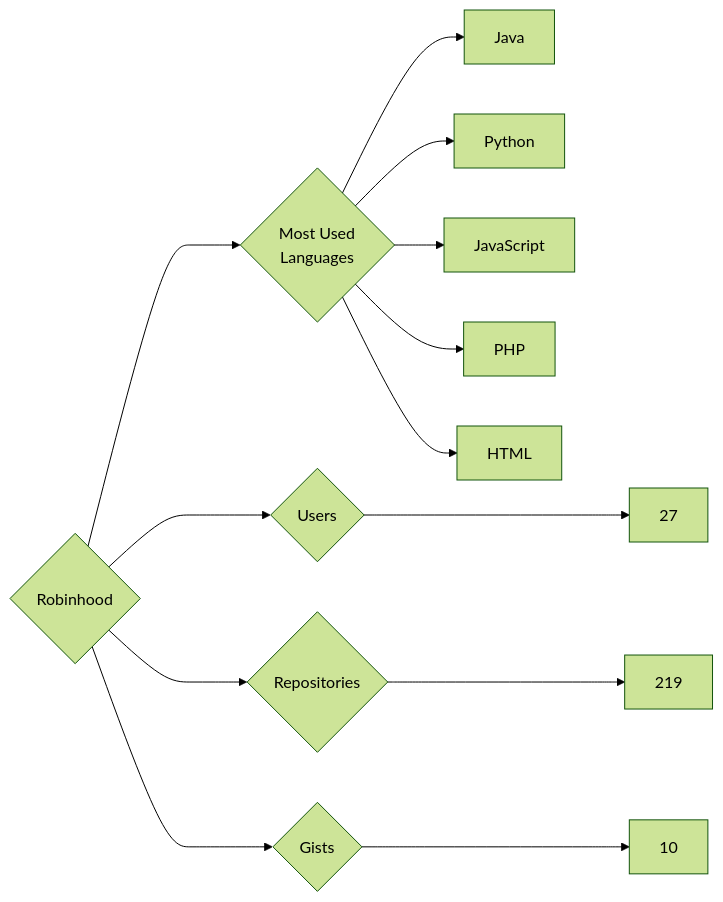
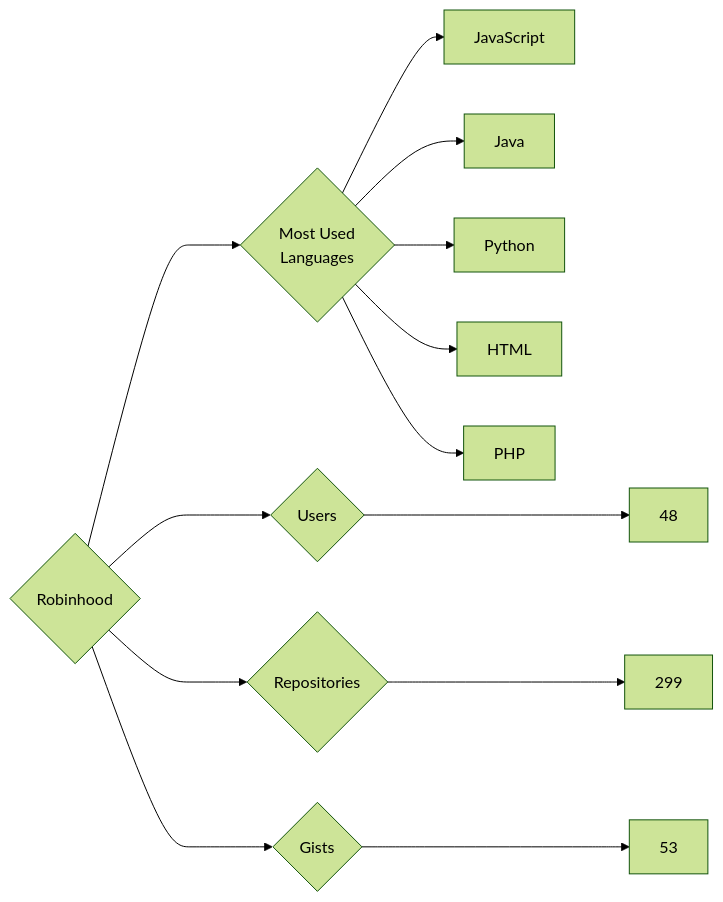
The diagram in targets/Robinhood/README.md (trickest/insiders), drawn with Mermaid (forest theme) before and after one commit. The commit also changed 898 other files, not shown here.

````diff
--- a/targets/Robinhood/README.md
+++ b/targets/Robinhood/README.md
@@ -3,13 +3,13 @@
 ```mermaid
 graph LR
 COMPANY_NAME{Robinhood}
-COMPANY_NAME ---> U{Users} ---> UN[27]
-COMPANY_NAME ---> R{Repositories} ---> RN[219]
-COMPANY_NAME ---> G{Gists} ---> GN[10]
+COMPANY_NAME ---> U{Users} ---> UN[48]
+COMPANY_NAME ---> R{Repositories} ---> RN[299]
+COMPANY_NAME ---> G{Gists} ---> GN[53]
 COMPANY_NAME ---> ML{Most Used<br>Languages}
+ML --> JavaScript[JavaScript]
 ML --> Java[Java]
 ML --> Python[Python]
-ML --> JavaScript[JavaScript]
+ML --> HTML[HTML]
 ML --> PHP[PHP]
-ML --> HTML[HTML]
 ```
````
